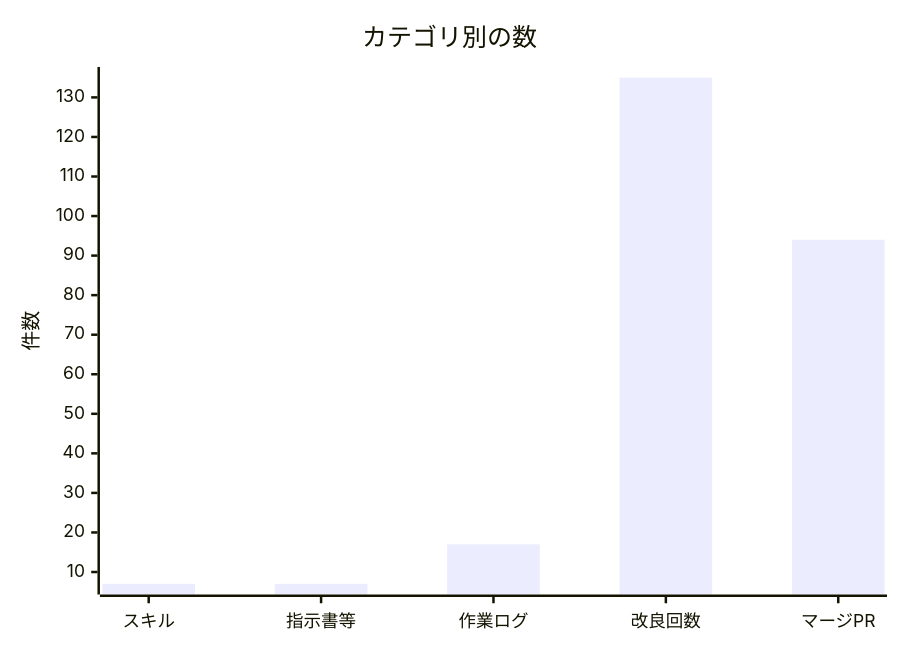
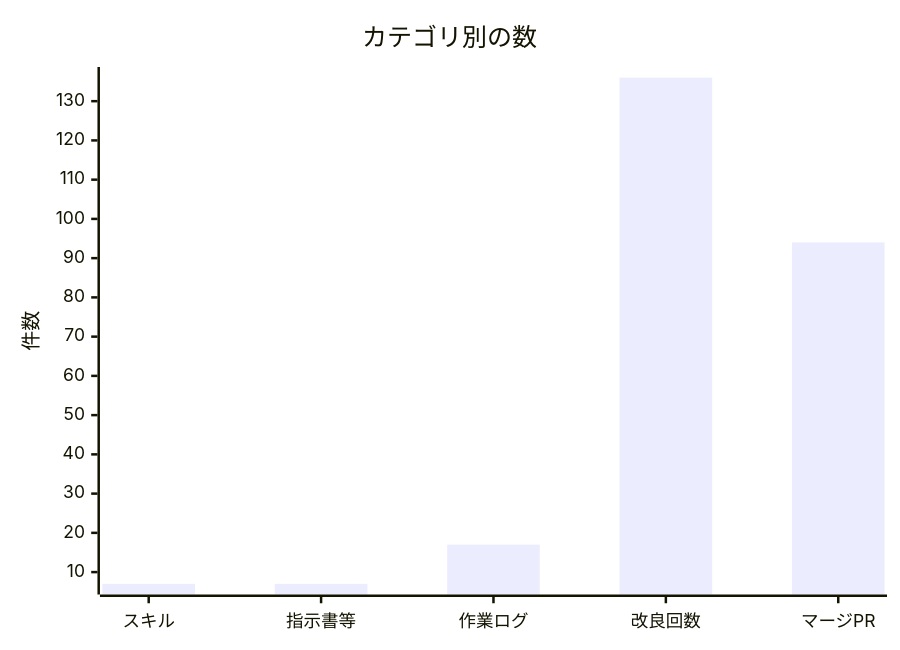
Before and after one commit to non-x2/non-x2: the second of 2 diagrams in docs/進化レポート.md, drawn with Mermaid. The commit also changed other lines of this file and 1 other file, not shown here.

````diff
--- a/docs/進化レポート.md
+++ b/docs/進化レポート.md
@@ -35,7 +35,7 @@
 ```mermaid
 xychart-beta
     title "カテゴリ別の数"
     x-axis ["スキル", "指示書等", "作業ログ", "改良回数", "マージPR"]
     y-axis "件数"
-    bar [7, 7, 17, 135, 94]
+    bar [7, 7, 17, 136, 94]
 ```
````
